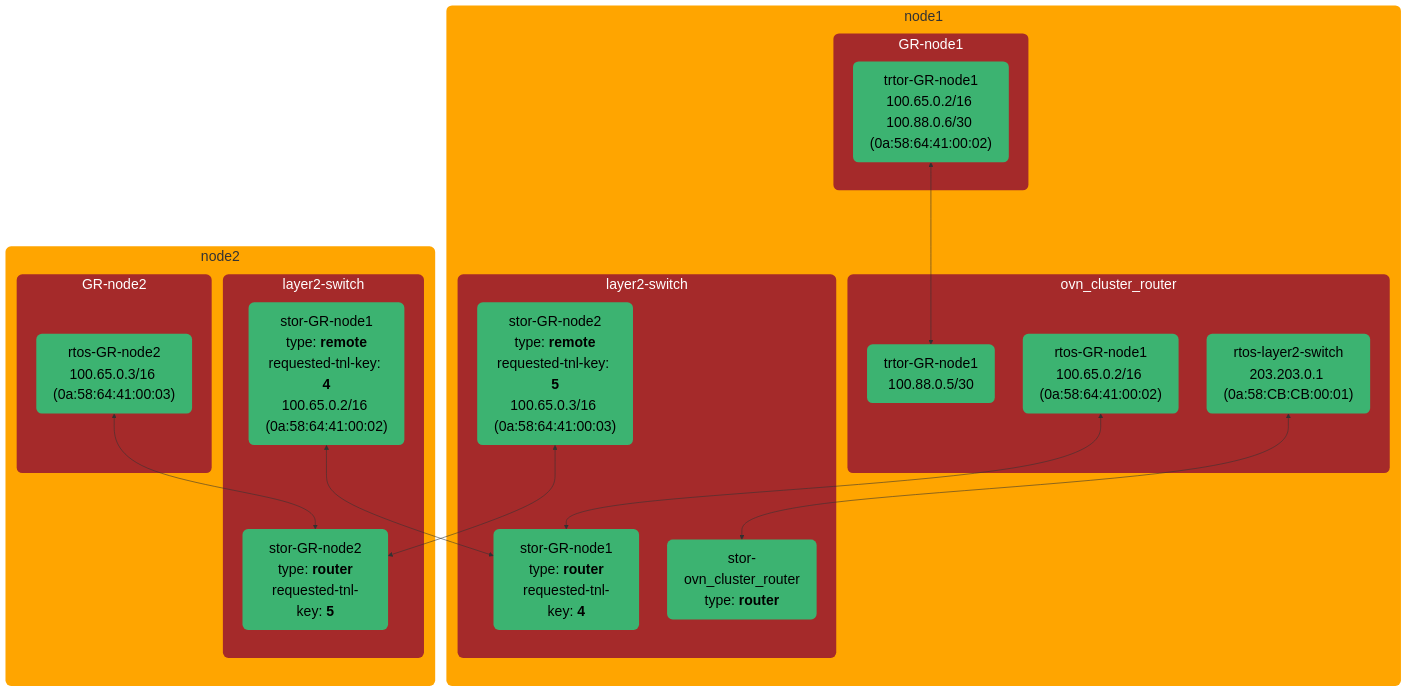
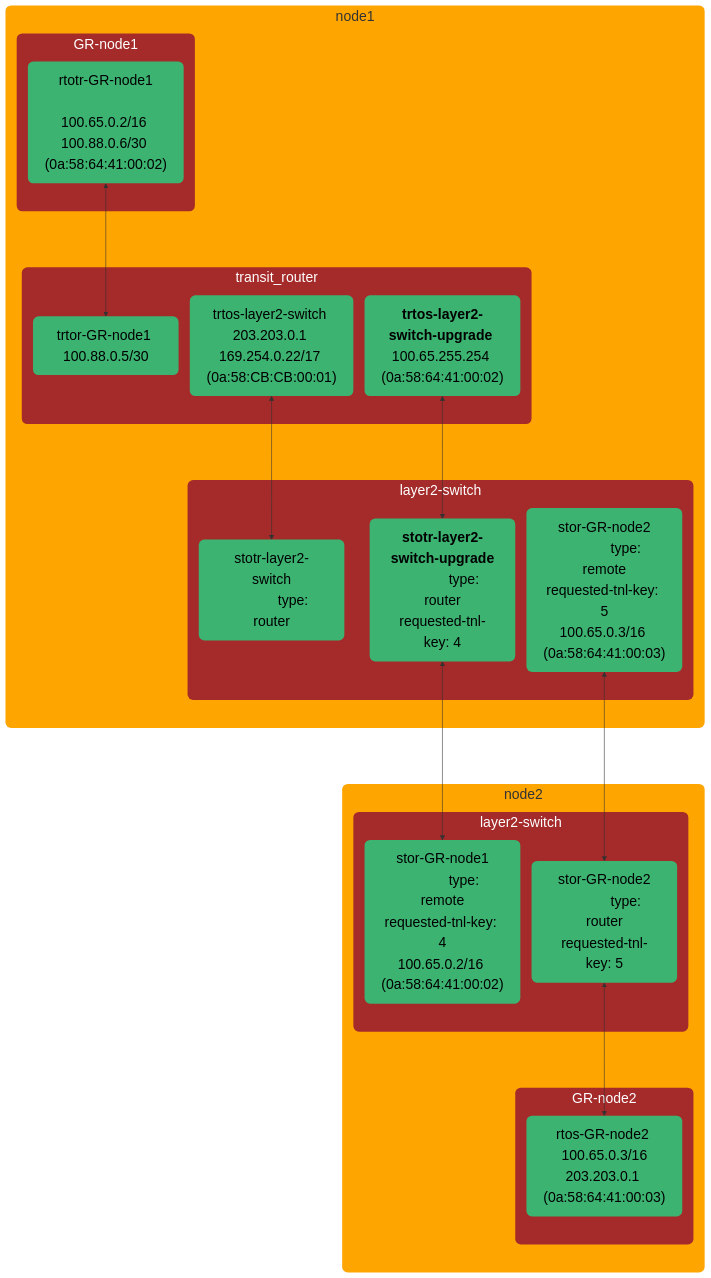
Before and after one commit to dsx-ai-factory/ovn-kubernetes: the eighth of 8 diagrams in docs/okeps/okep-5094-layer2-transit-router.md, drawn with Mermaid. The commit also changed other lines of this file, not shown here.

First line of the commit message:
layer2 router topology: describe upgrade

````diff
--- a/docs/okeps/okep-5094-layer2-transit-router.md
+++ b/docs/okeps/okep-5094-layer2-transit-router.md
@@ -751,68 +805,67 @@
 ```mermaid
-%%{init: {"nodeSpacing": 50, "rankSpacing": 100}}%%
+%%{init: {"nodeSpacing": 20, "rankSpacing": 100}}%%
 flowchart TD
     classDef nodeStyle fill:orange,stroke:none,rx:10px,ry:10px,font-size:25px;
     classDef vmStyle fill:blue,stroke:none,color:white,rx:10px,ry:10px,font-size:25px;
     classDef portStyle fill:#3CB371,color:black,stroke:none,rx:10px,ry:10px,font-size:25px;
     classDef routerStyle fill:brown,color:white,stroke:none,rx:10px,ry:10px,font-size:25px;
     classDef switchStyle fill:brown,color:white,stroke:none,rx:10px,ry:10px,font-size:25px;
     classDef termStyle font-family:monospace,fill:black,stroke:none,color:white;
-
+    subgraph node2
+        subgraph GR-node2
+            rtos-GR-node2["rtos-GR-node2 100.65.0.3/16<br>203.203.0.1 (0a:58:64:41:00:03)"]
+        end
+        subgraph layer2-switch_node2["layer2-switch"]
+            stor-GR-node1["stor-GR-node1
+            type: remote<br>requested-tnl-key: 4<br>100.65.0.2/16 (0a:58:64:41:00:02)"]
+            stor-GR-node2["stor-GR-node2
+            type: router<br>requested-tnl-key: 5"]
+        end
+    end
     subgraph node1["node1"]
         subgraph GR-node1
-            rtotr-GR-node1["trtor-GR-node1<br>100.65.0.2/16 100.88.0.6/30 (0a:58:64:41:00:02)"]
-
+            rtotr-GR-node1["rtotr-GR-node1
+            100.65.0.2/16 100.88.0.6/30 (0a:58:64:41:00:02)"]
         end
-        subgraph ovn_cluster_router_node1["ovn_cluster_router"]
-            trtor-GR-node1_ovn["trtor-GR-node1<br>100.88.0.5/30"]
-            rtos-layer2-switch["rtos-layer2-switch<br>203.203.0.1 (0a:58:CB:CB:00:01)"]
-            rtos-GR-node1["rtos-GR-node1<br>100.65.0.2/16 (0a:58:64:41:00:02)"]
+        subgraph transit_router_node1["transit_router "]
+            trtor-GR-node1["trtor-GR-node1 100.88.0.5/30"]
+            rtos-layer2-switch["trtos-layer2-switch 203.203.0.1 169.254.0.22/17 (0a:58:CB:CB:00:01)"]
+            trtos-layer2-switch-upgrade["<b>trtos-layer2-switch-upgrade</b> 100.65.255.254 (0a:58:64:41:00:02)"]
         end
         subgraph layer2-switch_node1["layer2-switch"]
-            stor-GR-node1["stor-GR-node1<br>type: <b>router</b><br>requested-tnl-key: <b>4</b>"]
-            stor-ovn_cluster_router["stor-ovn_cluster_router<br>type: <b>router</b>"]
-            stor-GR-node1-node2["stor-GR-node2<br>type: <b>remote</b><br>requested-tnl-key: <b>5</b><br>100.65.0.3/16 (0a:58:64:41:00:03)"]
+            stotr-layer2-switch["stotr-layer2-switch
+            type: router"]
+            stotr-layer2-switch-upgrade["<b>stotr-layer2-switch-upgrade</b>
+            type: router<br>requested-tnl-key: 4"]
+            stor-GR-node1-node2["stor-GR-node2
+            type: remote<br>requested-tnl-key: 5<br>100.65.0.3/16 (0a:58:64:41:00:03)"]
         end
     end
 
-    subgraph node2
-        subgraph GR-node2
-            rtos-GR-node2["rtos-GR-node2<br>100.65.0.3/16 (0a:58:64:41:00:03)"]
-        end
-        subgraph layer2-switch_node2["layer2-switch"]
-            stor-GR-node2["stor-GR-node2<br>type: <b>router</b><br>requested-tnl-key: <b>5</b>"]
-            stor-GR-node1-remote["stor-GR-node1<br>type: <b>remote</b><br>requested-tnl-key: <b>4</b><br>100.65.0.2/16 (0a:58:64:41:00:02)"]
-        end
-    end
-
-    %% Connections - Grouped by logical flow %%
-    rtotr-GR-node1 <--> trtor-GR-node1_ovn
-    rtos-GR-node1 <--> stor-GR-node1
-
-    rtos-layer2-switch <--> stor-ovn_cluster_router
-
+    rtotr-GR-node1 <--> trtor-GR-node1
+    rtos-layer2-switch <--> stotr-layer2-switch
+    stotr-layer2-switch-upgrade <--> stor-GR-node1
+    stor-GR-node2 <--> rtos-GR-node2
     stor-GR-node1-node2 <--> stor-GR-node2
-    rtos-GR-node2 <--> stor-GR-node2
-
-    stor-GR-node1-remote <--> stor-GR-node1
+    trtos-layer2-switch-upgrade <--> stotr-layer2-switch-upgrade
 
     class VM vmStyle;
-    class rtos-GR-node1 portStyle;
     class rtotr-GR-node1 portStyle;
     class rtos-GR-node2 portStyle;
     class stor-GR-node2 portStyle;
     class stor-GR-node1-node2 portStyle;
     class stor-GR-node1 portStyle;
-    class stor-GR-node1-remote portStyle;
-    class trtor-GR-node1_ovn portStyle;
+    class trtor-GR-node1 portStyle;
     class trtor-GR-node2 portStyle;
-    class stor-ovn_cluster_router portStyle;
+    class stotr-layer2-switch portStyle;
+    class stotr-layer2-switch-upgrade portStyle;
     class rtos-layer2-switch portStyle;
+    class trtos-layer2-switch-upgrade portStyle;
     class GR-node1 routerStyle;
     class GR-node2 routerStyle;
-    class ovn_cluster_router_node1 routerStyle;
+    class transit_router_node1 routerStyle;
     class layer2-switch_node1 switchStyle;
     class layer2-switch_node2 switchStyle;
     class term termStyle;
     class node1,node2 nodeStyle;
 ```
````
